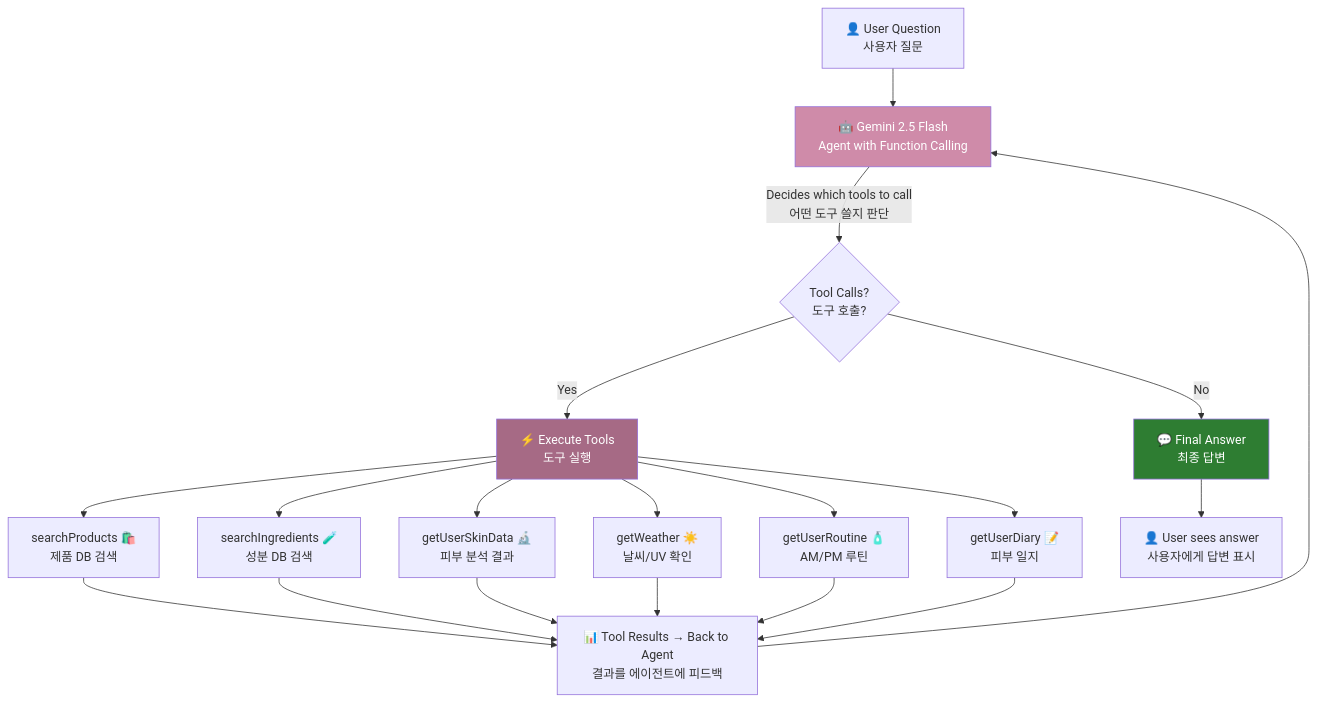
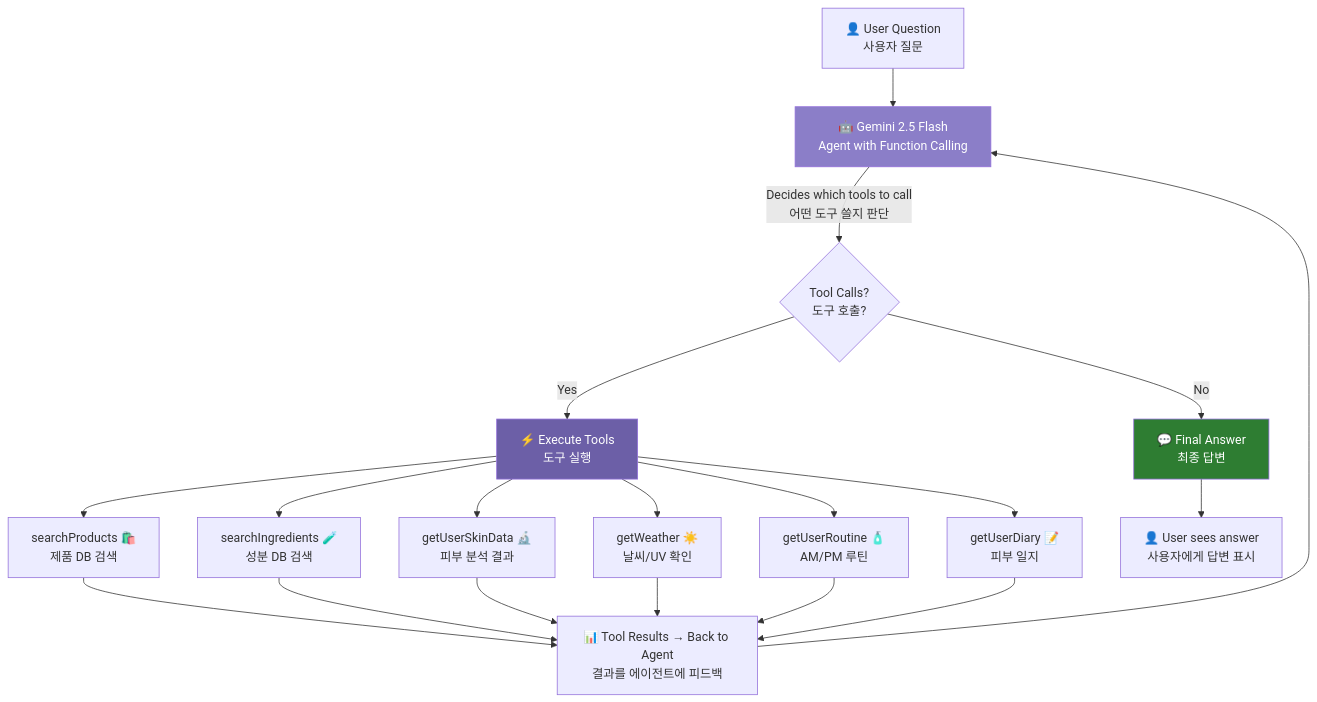
One commit to dkim2435/product_glowmi changed the diagram in docs/RAG_ARCHITECTURE.md. Above: the diagram before and after it, drawn with Mermaid. The commit also changed 85 other files, not shown here.

````diff
--- a/docs/RAG_ARCHITECTURE.md
+++ b/docs/RAG_ARCHITECTURE.md
@@ -12,31 +12,31 @@
 ```mermaid
 flowchart TD
     A["👤 User Question<br/>사용자 질문"] --> B["🤖 Gemini 2.5 Flash<br/>Agent with Function Calling"]
 
     B -->|"Decides which tools to call<br/>어떤 도구 쓸지 판단"| C{"Tool Calls?<br/>도구 호출?"}
 
     C -->|Yes| D["⚡ Execute Tools<br/>도구 실행"]
     C -->|No| H["💬 Final Answer<br/>최종 답변"]
 
     D --> E["searchProducts 🛍️<br/>제품 DB 검색"]
     D --> F["searchIngredients 🧪<br/>성분 DB 검색"]
     D --> G["getUserSkinData 🔬<br/>피부 분석 결과"]
     D --> I["getWeather ☀️<br/>날씨/UV 확인"]
     D --> J["getUserRoutine 🧴<br/>AM/PM 루틴"]
     D --> K["getUserDiary 📝<br/>피부 일지"]
 
     E --> L["📊 Tool Results → Back to Agent<br/>결과를 에이전트에 피드백"]
     F --> L
     G --> L
     I --> L
     J --> L
     K --> L
 
     L --> B
 
     H --> M["👤 User sees answer<br/>사용자에게 답변 표시"]
 
-    style B fill:#CF8BA9,color:#fff
-    style D fill:#A66A85,color:#fff
+    style B fill:#8B7EC8,color:#fff
+    style D fill:#6C5FA7,color:#fff
     style H fill:#2e7d32,color:#fff
 ```
````
